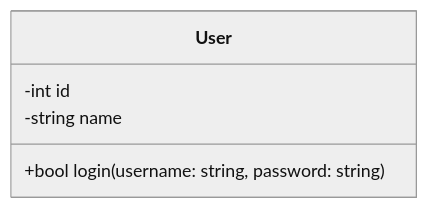
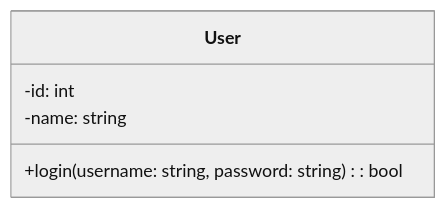
The diagram in test-fixtures/class/valid/inline-members-and-attrs.mmd (probelabs/mermaid-lint), drawn with Mermaid (neutral theme) before and after one commit. The commit also changed 30 other files, not shown here.

Commit message:
previews: enforce classification with mermaid-cli + fix fixtures; class/state parsers: support stereotypes in blocks, named params, state descriptions; notes and hyphen labels; pie/flowchart fixture moves

```diff
--- a/test-fixtures/class/valid/inline-members-and-attrs.mmd
+++ b/test-fixtures/class/valid/inline-members-and-attrs.mmd
@@ -1,6 +1,6 @@
 classDiagram
 class User {
-  +bool login(username: string, password: string)
-  -int id
-  -string name
+  +login(username: string, password: string): bool
+  -id: int
+  -name: string
 }
```
